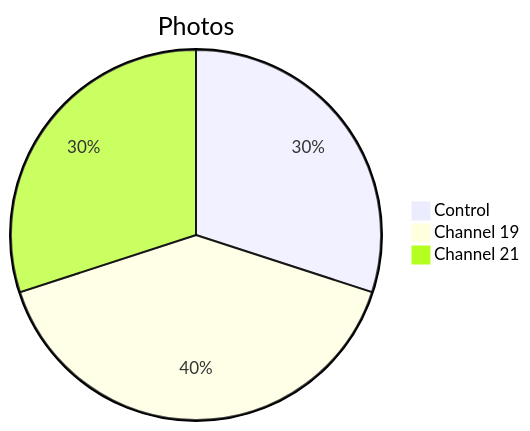
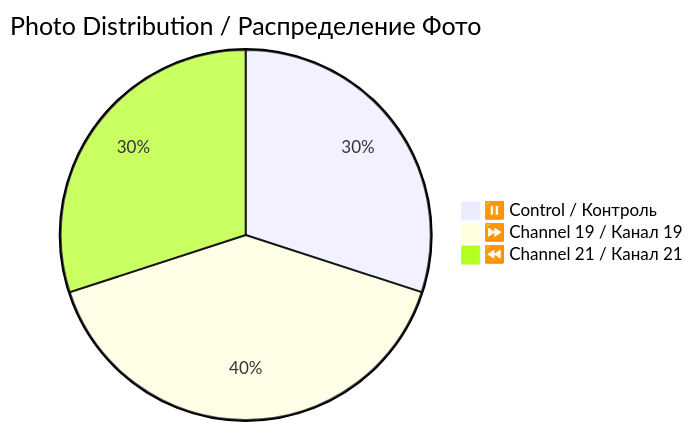
The first of 2 diagrams in original_research/data/patient-05/photos/README.md (AdvancedScientificResearchProjects/Hyperbolic_Field_BloodPlasma_Study), drawn with Mermaid before and after one commit. The commit also changed other lines of this file and 6 other files, not shown here.

````diff
--- a/original_research/data/patient-05/photos/README.md
+++ b/original_research/data/patient-05/photos/README.md
@@ -15,6 +15,6 @@
 ```mermaid
-pie title Photos
-    "Control" : 3
-    "Channel 19" : 4
-    "Channel 21" : 3
+pie title Photo Distribution / Распределение Фото
+    "⏸️ Control / Контроль" : 3
+    "⏩ Channel 19 / Канал 19" : 4
+    "⏪ Channel 21 / Канал 21" : 3
 ```
````
